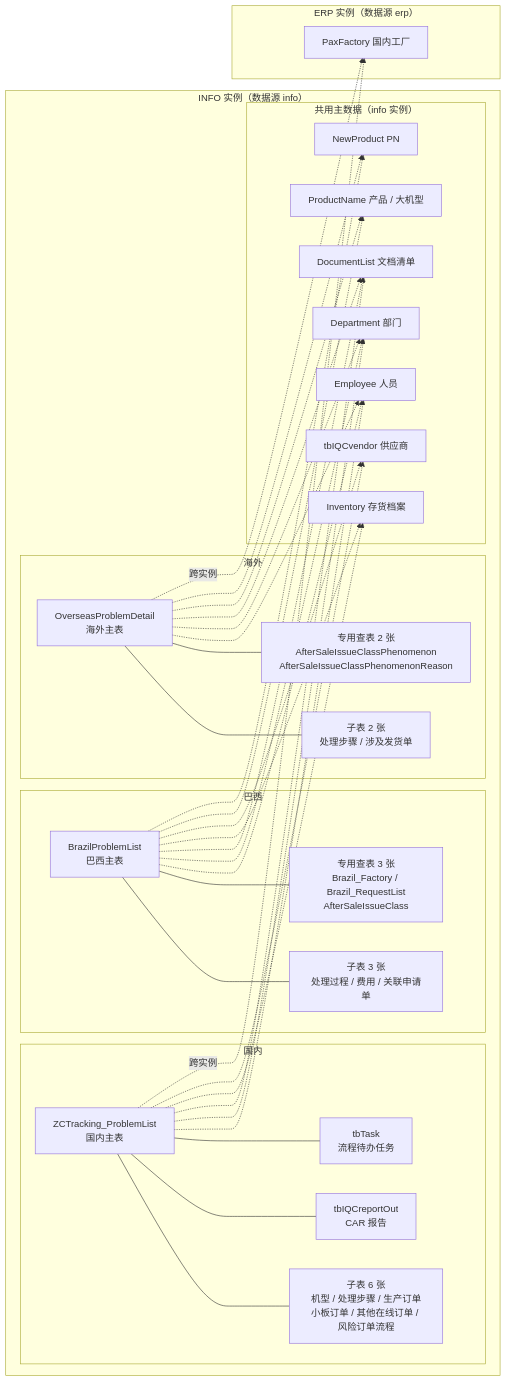
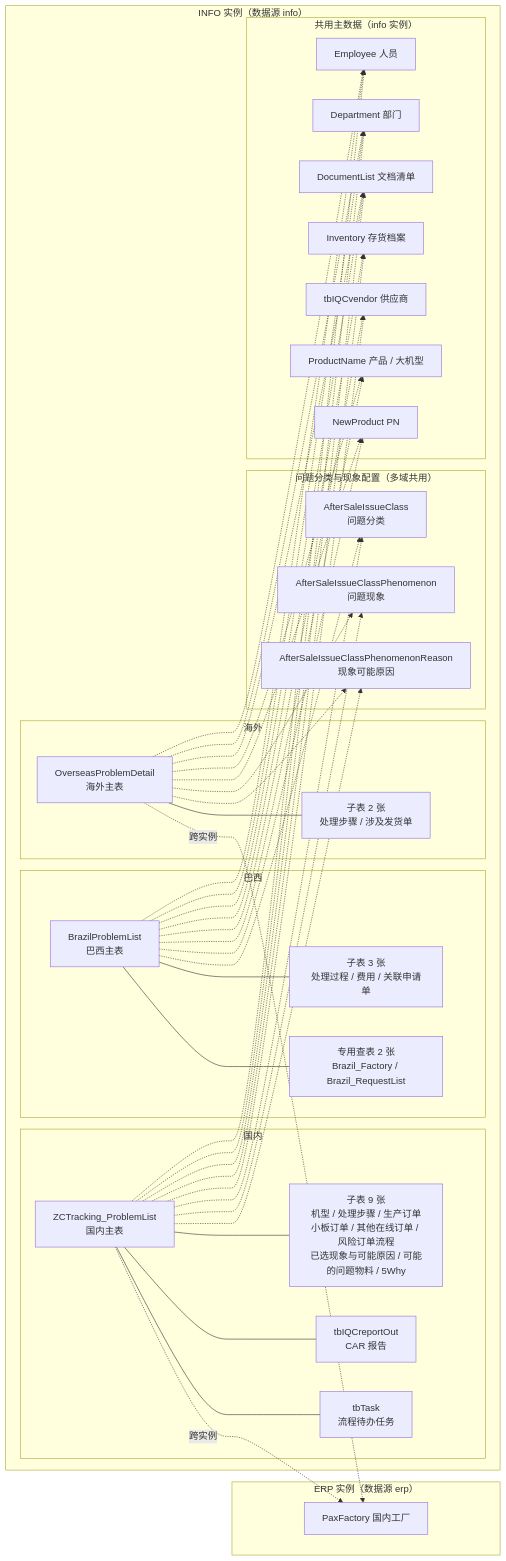
One commit to wujushan/FactoryIssue changed the first of 4 diagrams in docs/2_landed/table_relations.md. Above: the diagram before and after it, drawn with Mermaid. The commit also changed other lines of this file and 51 other files, not shown here.

````diff
--- a/docs/2_landed/table_relations.md
+++ b/docs/2_landed/table_relations.md
@@ -11,47 +11,54 @@
 ```mermaid
 flowchart LR
   subgraph INFO["INFO 实例（数据源 info）"]
     subgraph DOM["国内"]
       ZC[ZCTracking_ProblemList<br/>国内主表]
-      ZCsub["子表 6 张<br/>机型 / 处理步骤 / 生产订单<br/>小板订单 / 其他在线订单 / 风险订单流程"]
+      ZCsub["子表 9 张<br/>机型 / 处理步骤 / 生产订单<br/>小板订单 / 其他在线订单 / 风险订单流程<br/>已选现象与可能原因 / 可能的问题物料 / 5Why"]
       CAR[tbIQCreportOut<br/>CAR 报告]
       TASK[tbTask<br/>流程待办任务]
     end
     subgraph BR["巴西"]
       BRM[BrazilProblemList<br/>巴西主表]
       BRsub["子表 3 张<br/>处理过程 / 费用 / 关联申请单"]
-      BRx["专用查表 3 张<br/>Brazil_Factory / Brazil_RequestList<br/>AfterSaleIssueClass"]
+      BRx["专用查表 2 张<br/>Brazil_Factory / Brazil_RequestList"]
     end
     subgraph OS["海外"]
       HW[OverseasProblemDetail<br/>海外主表]
       HWsub["子表 2 张<br/>处理步骤 / 涉及发货单"]
-      HWx["专用查表 2 张<br/>AfterSaleIssueClassPhenomenon<br/>AfterSaleIssueClassPhenomenonReason"]
+    end
+    subgraph CFG["问题分类与现象配置（多域共用）"]
+      CLS[AfterSaleIssueClass<br/>问题分类]
+      PHE[AfterSaleIssueClassPhenomenon<br/>问题现象]
+      REA[AfterSaleIssueClassPhenomenonReason<br/>现象可能原因]
     end
     subgraph SHARED["共用主数据（info 实例）"]
       EMP[Employee 人员]
       DEPT[Department 部门]
       DOC[DocumentList 文档清单]
       INV[Inventory 存货档案]
       VEN[tbIQCvendor 供应商]
       PN[ProductName 产品 / 大机型]
       NP[NewProduct PN]
     end
   end
   subgraph ERP["ERP 实例（数据源 erp）"]
     FAC[PaxFactory 国内工厂]
   end
 
   ZC --- ZCsub
   ZC --- CAR
   ZC --- TASK
   BRM --- BRsub
   BRM --- BRx
   HW --- HWsub
-  HW --- HWx
+
+  ZC -.-> CLS & PHE & REA
+  BRM -.-> CLS
+  HW -.-> PHE & REA
 
   ZC -.-> EMP & DEPT & DOC & INV & VEN
   ZC -. 跨实例 .-> FAC
   BRM -.-> EMP & DEPT & DOC & INV & VEN & PN & NP
   HW -.-> EMP & DEPT & DOC & PN & NP
   HW -. 跨实例 .-> FAC
 ```
````
